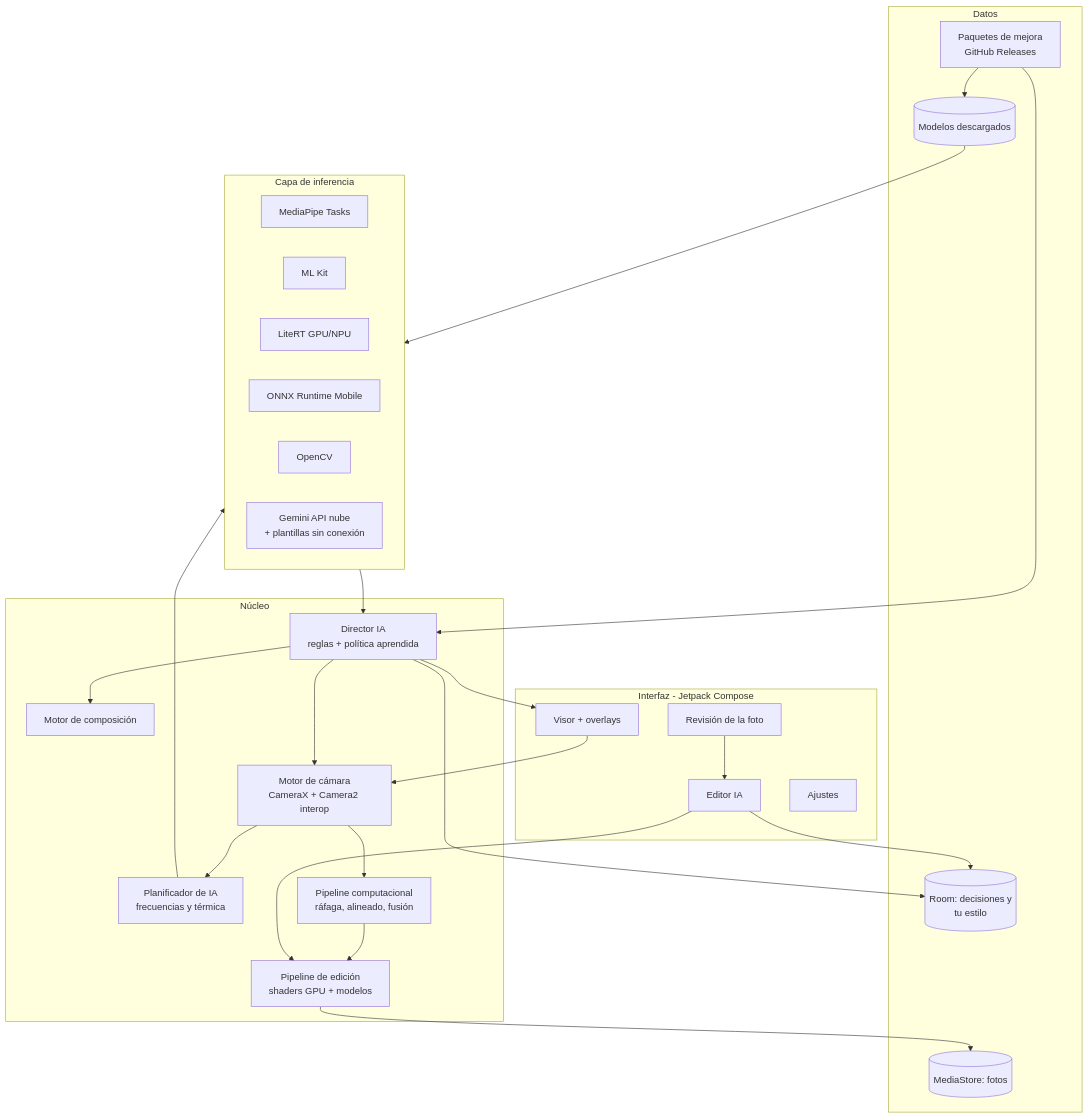
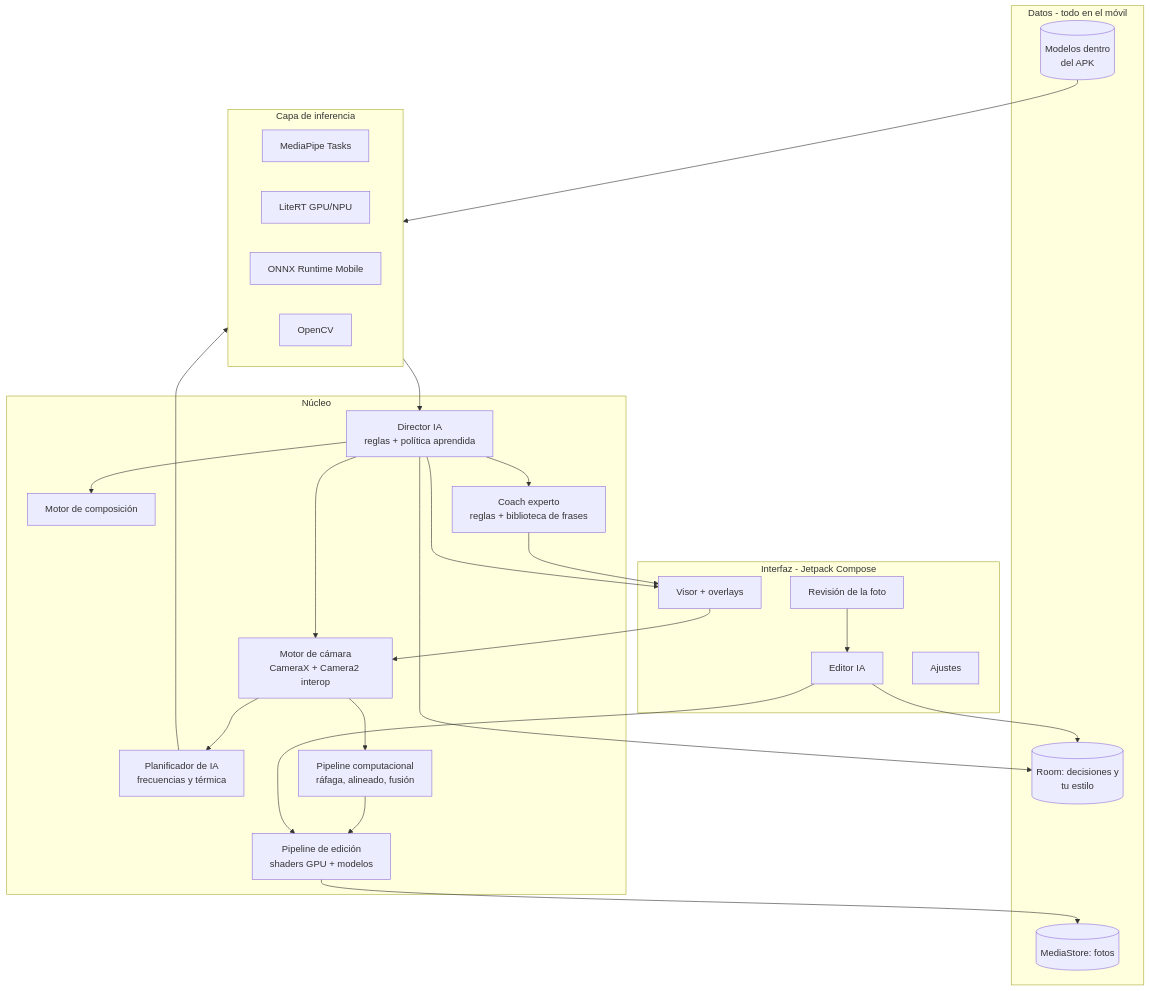
The second of 2 diagrams in docs/PLAN.md (oscarmate936/IA-C-mara-), drawn with Mermaid before and after one commit. The commit also changed other lines of this file and 1 other file, not shown here.

First line of the commit message:
Plan 100 % sin conexión: sin APIs, claves ni nube

````diff
--- a/docs/PLAN.md
+++ b/docs/PLAN.md
@@ -138,44 +147,41 @@
 ```mermaid
 flowchart TB
     subgraph UI[Interfaz - Jetpack Compose]
         VF[Visor + overlays]
         RV[Revisión de la foto]
         ED[Editor IA]
         ST[Ajustes]
     end
     subgraph CORE[Núcleo]
         CAM[Motor de cámara<br/>CameraX + Camera2 interop]
         SCH[Planificador de IA<br/>frecuencias y térmica]
         DIR[Director IA<br/>reglas + política aprendida]
         COMP[Motor de composición]
+        COACH[Coach experto<br/>reglas + biblioteca de frases]
         CPIPE[Pipeline computacional<br/>ráfaga, alineado, fusión]
         EPIPE[Pipeline de edición<br/>shaders GPU + modelos]
     end
     subgraph AI[Capa de inferencia]
         MP[MediaPipe Tasks]
-        MLK[ML Kit]
         LRT[LiteRT GPU/NPU]
         ONNX[ONNX Runtime Mobile]
         CV[OpenCV]
-        LLM[Gemini API nube<br/>+ plantillas sin conexión]
     end
-    subgraph DATA[Datos]
+    subgraph DATA[Datos - todo en el móvil]
         ROOM[(Room: decisiones y<br/>tu estilo)]
         MS[(MediaStore: fotos)]
-        MODELS[(Modelos descargados)]
-        PK[Paquetes de mejora<br/>GitHub Releases]
+        MODELS[(Modelos dentro<br/>del APK)]
     end
     VF --> CAM
     CAM --> SCH --> AI
     AI --> DIR
     DIR --> COMP
+    DIR --> COACH --> VF
     DIR --> CAM
     DIR --> VF
     CAM --> CPIPE --> EPIPE --> MS
     RV --> ED --> EPIPE
     DIR --> ROOM
     ED --> ROOM
-    PK --> MODELS
-    PK --> DIR
     MODELS --> AI
 ```
````
